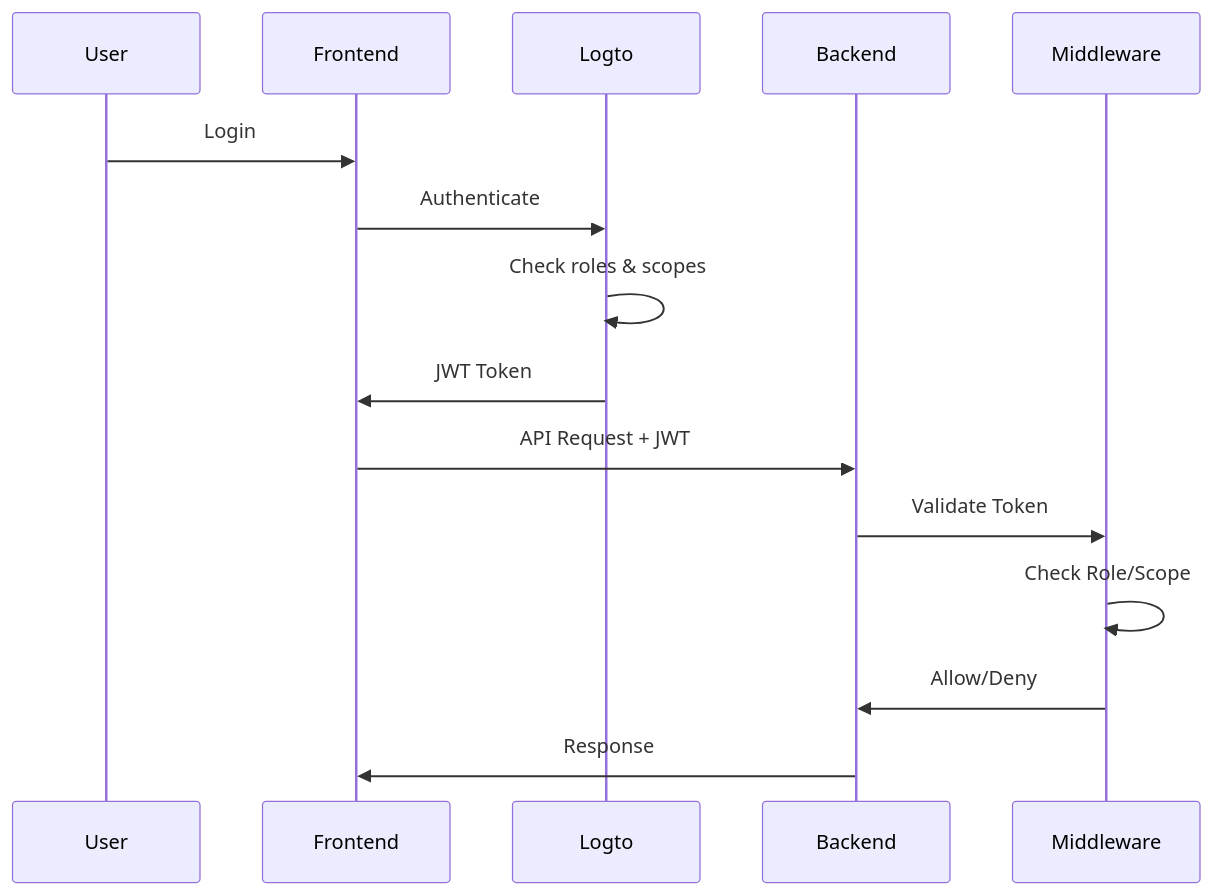
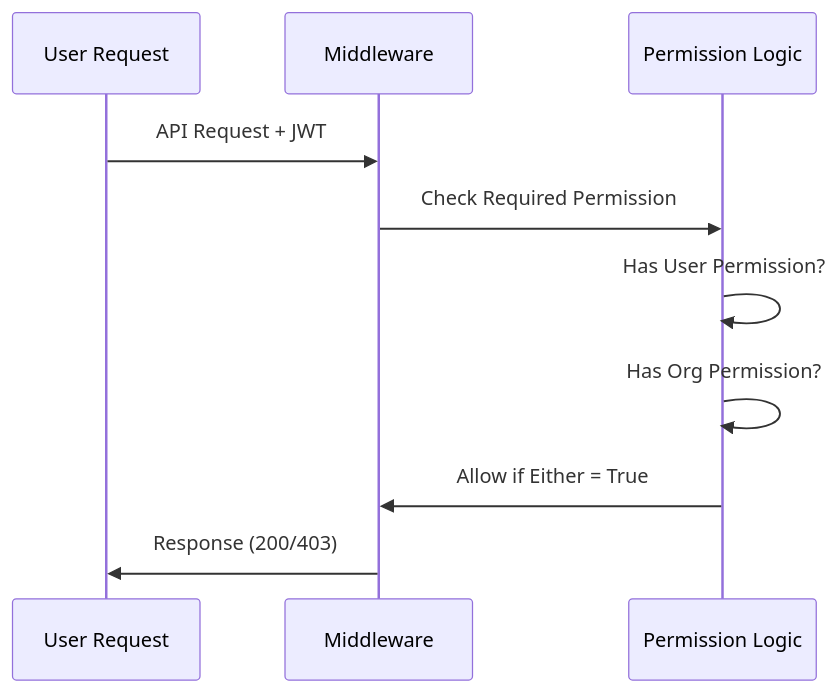
Before and after one commit to NethServer/my: the second of 3 diagrams in DESIGN.md, drawn with Mermaid. The commit also changed other lines of this file, not shown here.

````diff
--- a/DESIGN.md
+++ b/DESIGN.md
@@ -157,18 +222,13 @@
 ```mermaid
 sequenceDiagram
-    participant U as User
-    participant F as Frontend
-    participant L as Logto
-    participant B as Backend
+    participant U as User Request
     participant M as Middleware
-
-    U->>F: Login
-    F->>L: Authenticate
-    L->>L: Check roles & scopes
-    L->>F: JWT Token
-    F->>B: API Request + JWT
-    B->>M: Validate Token
-    M->>M: Check Role/Scope
-    M->>B: Allow/Deny
-    B->>F: Response
+    participant L as Permission Logic
+    
+    U->>M: API Request + JWT
+    M->>L: Check Required Permission
+    L->>L: Has User Permission?
+    L->>L: Has Org Permission?
+    L->>M: Allow if Either = True
+    M->>U: Response (200/403)
 ```
````
